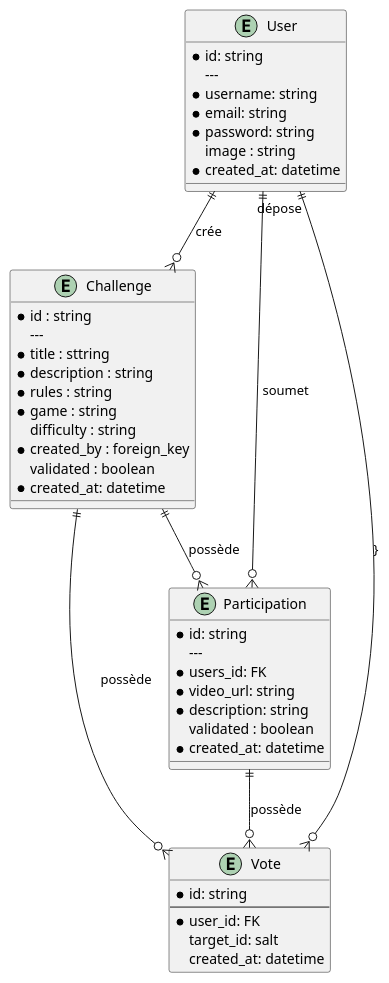
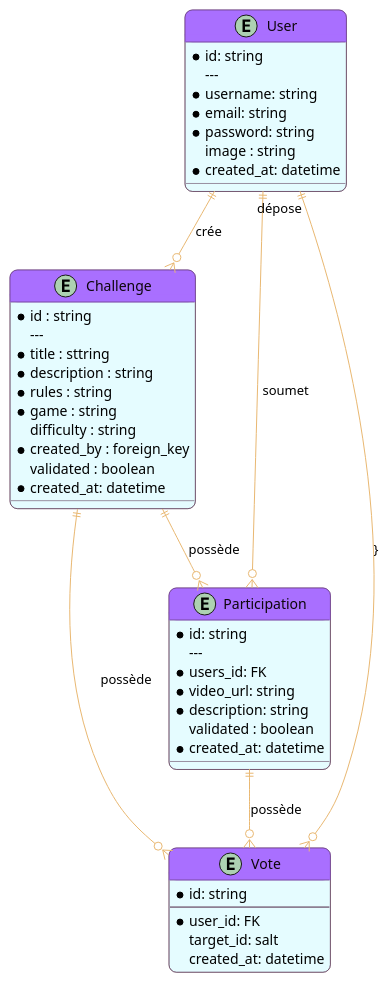
The diagram in conception/diagrams/erd.puml (cedricrgt/questarena), drawn with PlantUML before and after one commit. The commit also changed 7 other files, not shown here.

```diff
--- a/conception/diagrams/erd.puml
+++ b/conception/diagrams/erd.puml
@@ -1,51 +1,71 @@
 @startuml erd
+
+' --- Style moderne (couleurs CSS QuestsArena) ---
+skinparam shadowing false
+skinparam roundCorner 15
+skinparam defaultFontName "Raleway, sans-serif"
+
+skinparam entity {
+    BackgroundColor #e5fcff
+    BorderColor #4a2040
+    ArrowColor #e9b872
+    FontColor #0e060c
+}
+skinparam class {
+    BackgroundColor #e5fcff
+    BorderColor #4a2040
+    ArrowColor #e9b872
+    FontColor #0e060c
+    HeaderBackgroundColor #a96fff
+}
+' --------------------------------------------
 
 entity User{
     *id: string 
     --- 
     *username: string
     *email: string 
     *password: string
     image : string
     *created_at: datetime
 }
 
 entity Challenge{
     *id : string
     --- 
     *title : sttring 
     *description : string
     *rules : string
     *game : string
     difficulty : string
     *created_by : foreign_key 
     validated : boolean
     *created_at: datetime
 }
 
 entity Participation{
     *id: string 
     --- 
     *users_id: FK 
     *video_url: string 
     *description: string
     validated : boolean
     *created_at: datetime
 }
 
 entity Vote{
   *id: string
   ---
   *user_id: FK
   target_id: salt
   created_at: datetime
 }
 
 User ||--o{ Challenge: "crée"
 User ||--o{ Participation: "soumet"
 User ||--o{ Vote: "dépose"}
 Challenge ||--o{ Participation: "possède"
 Challenge ||--o{ Vote: "possède"
 Participation ||--o{ Vote: "possède"
 
 @enduml
```
